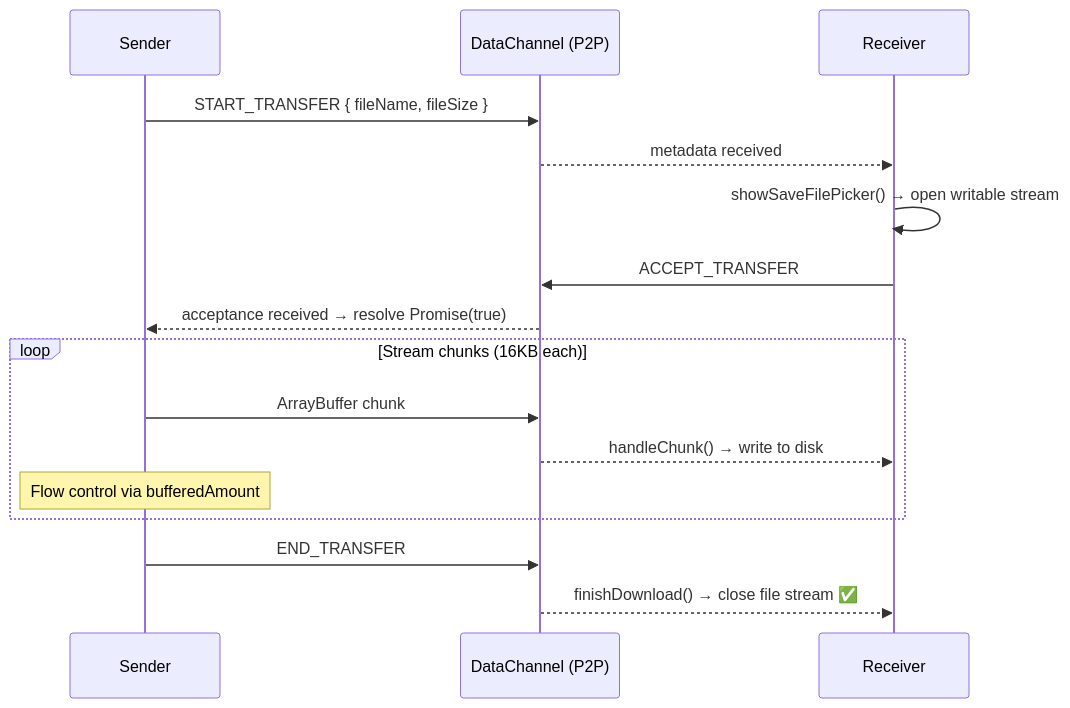
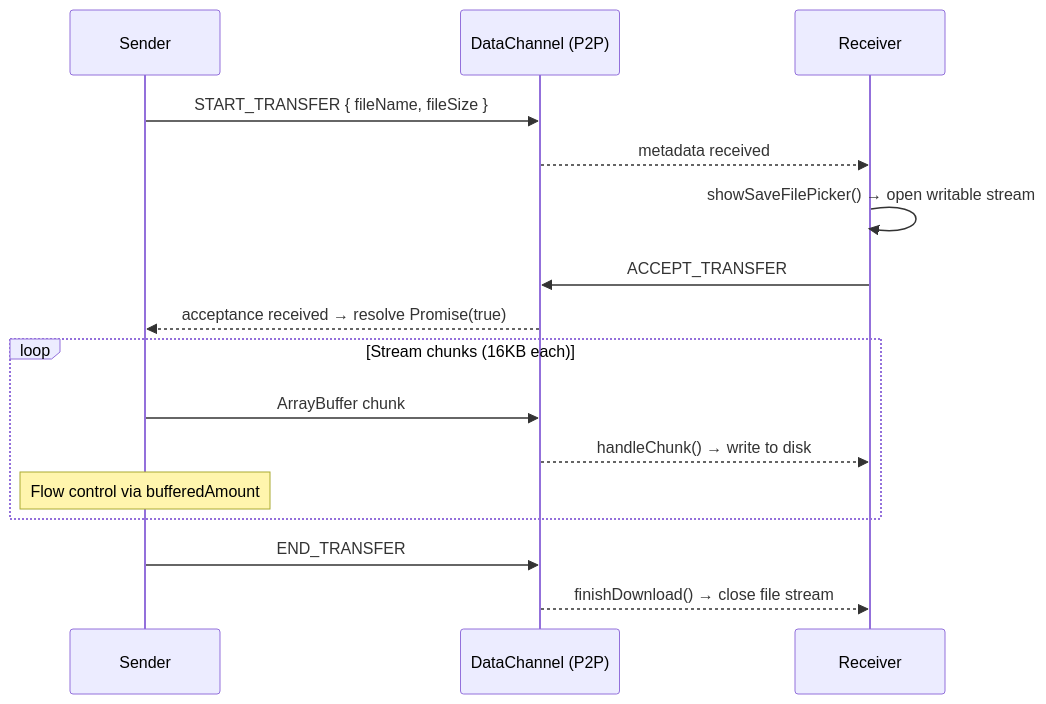
One commit to Bharat346/ShareLink changed the third of 3 diagrams in README.md. Above: the diagram before and after it, drawn with Mermaid. The commit also changed other lines of this file, not shown here.

````diff
--- a/README.md
+++ b/README.md
@@ -131,22 +112,22 @@
 ```mermaid
 sequenceDiagram
     participant A as Sender
     participant DC as DataChannel (P2P)
     participant B as Receiver
 
     A->>DC: START_TRANSFER { fileName, fileSize }
     DC-->>B: metadata received
 
     B->>B: showSaveFilePicker() → open writable stream
     B->>DC: ACCEPT_TRANSFER
     DC-->>A: acceptance received → resolve Promise(true)
 
     loop Stream chunks (16KB each)
         A->>DC: ArrayBuffer chunk
         DC-->>B: handleChunk() → write to disk
         Note over A: Flow control via bufferedAmount
     end
 
     A->>DC: END_TRANSFER
-    DC-->>B: finishDownload() → close file stream ✅
+    DC-->>B: finishDownload() → close file stream
 ```
````
